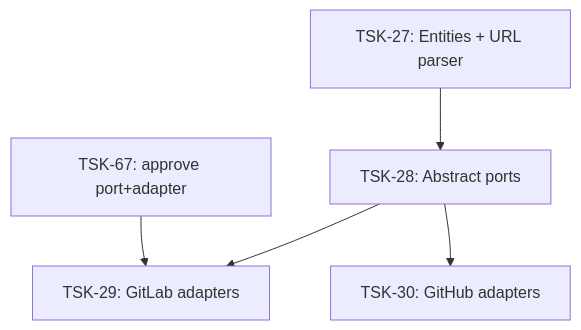
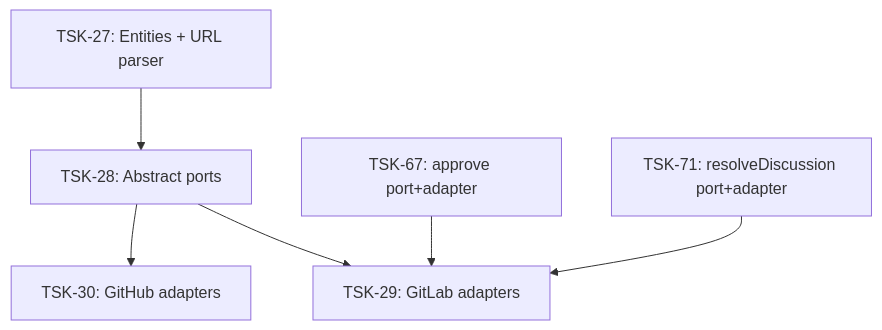
The diagram in tasks/vcs/README.md (RubaXa/gennady), drawn with Mermaid before and after one commit. The commit also changed other lines of this file and 4 other files, not shown here.

First line of the commit message:
scaffold(cli,vcs): TSK-71, TSK-72 — vcs-reply resolve

````diff
--- a/tasks/vcs/README.md
+++ b/tasks/vcs/README.md
@@ -17,12 +17,14 @@
 ```mermaid
 graph TD
     TSK-27[TSK-27: Entities + URL parser]
     TSK-28[TSK-28: Abstract ports]
     TSK-29[TSK-29: GitLab adapters]
     TSK-30[TSK-30: GitHub adapters]
     TSK-27 --> TSK-28
     TSK-28 --> TSK-29
     TSK-28 --> TSK-30
     TSK-67[TSK-67: approve port+adapter]
     TSK-67 --> TSK-29
+    TSK-71[TSK-71: resolveDiscussion port+adapter]
+    TSK-71 --> TSK-29
 ```
````
